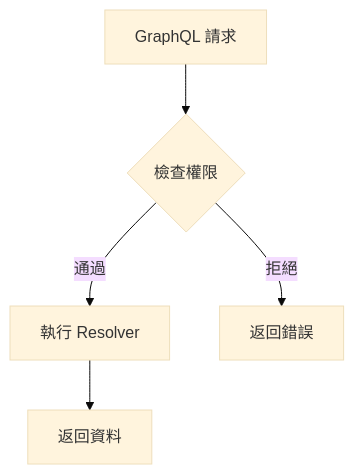
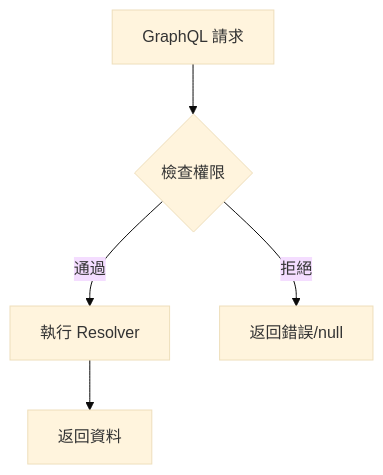
The diagram in docs/auth-directive-guide.md (twtrubiks/graphql-python-blog), drawn with Mermaid (base theme) before and after one commit. The commit also changed other lines of this file and 3 other files, not shown here.

````diff
--- a/docs/auth-directive-guide.md
+++ b/docs/auth-directive-guide.md
@@ -97,7 +99,7 @@
 ```mermaid
 graph TD
     A[GraphQL 請求] --> B{檢查權限}
     B -->|通過| C[執行 Resolver]
-    B -->|拒絕| D[返回錯誤]
+    B -->|拒絕| D[返回錯誤/null]
     C --> E[返回資料]
 ```
````
